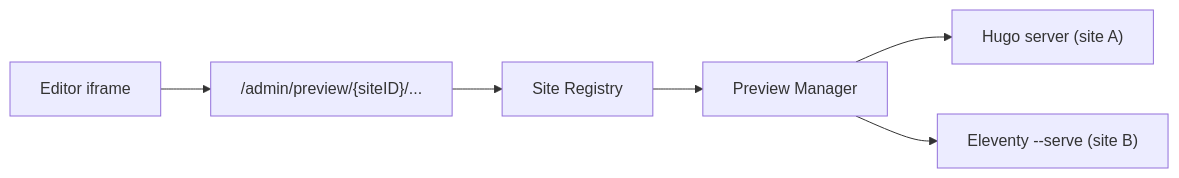
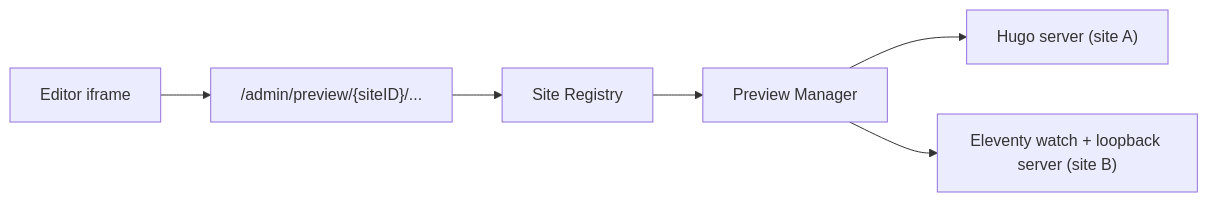
Before and after one commit to kitashimauni/hugo-cms: the second of 2 diagrams in docs/architecture/multi-site-generator-design.md, drawn with Mermaid. The commit also changed other lines of this file and 13 other files, not shown here.

````diff
--- a/docs/architecture/multi-site-generator-design.md
+++ b/docs/architecture/multi-site-generator-design.md
@@ -202,8 +202,8 @@
 ```mermaid
 flowchart LR
     UI["Editor iframe"] --> Proxy["/admin/preview/{siteID}/..."]
     Proxy --> Registry["Site Registry"]
     Registry --> Manager["Preview Manager"]
     Manager --> HugoProc["Hugo server (site A)"]
-    Manager --> EleventyProc["Eleventy --serve (site B)"]
+    Manager --> EleventyProc["Eleventy watch + loopback server (site B)"]
 ```
````
